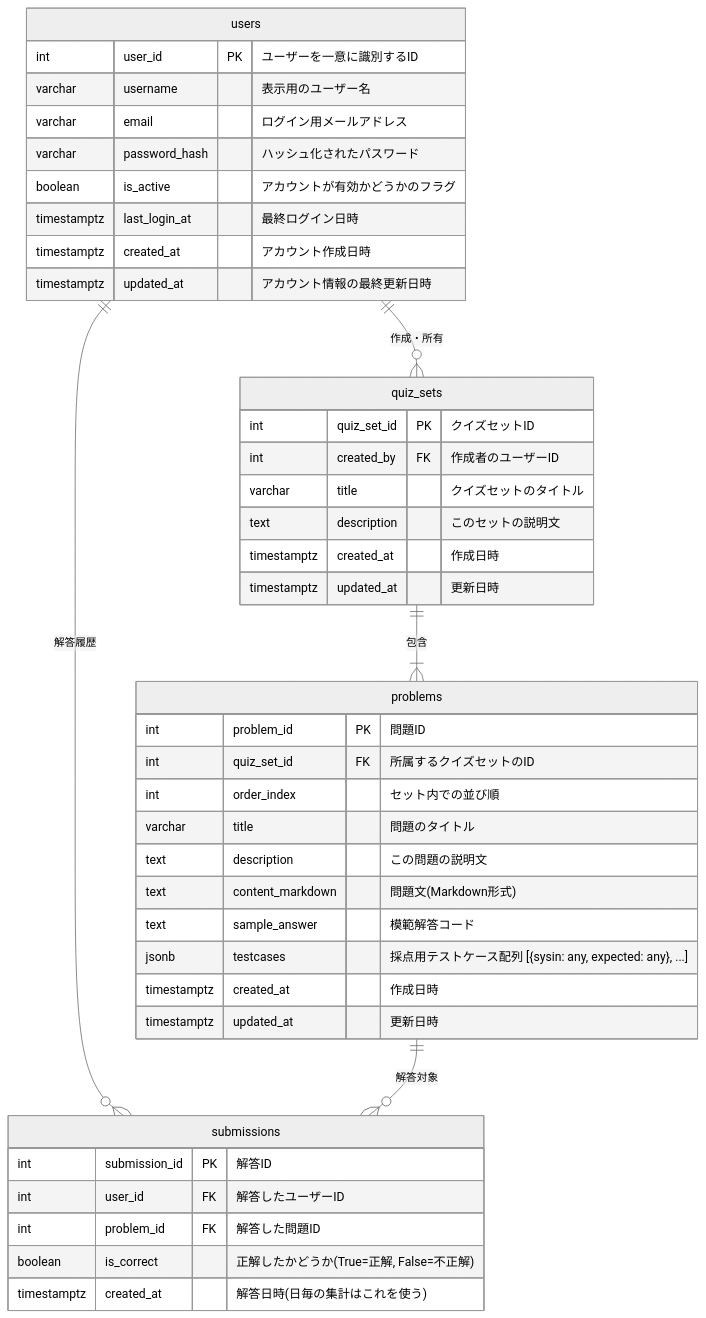
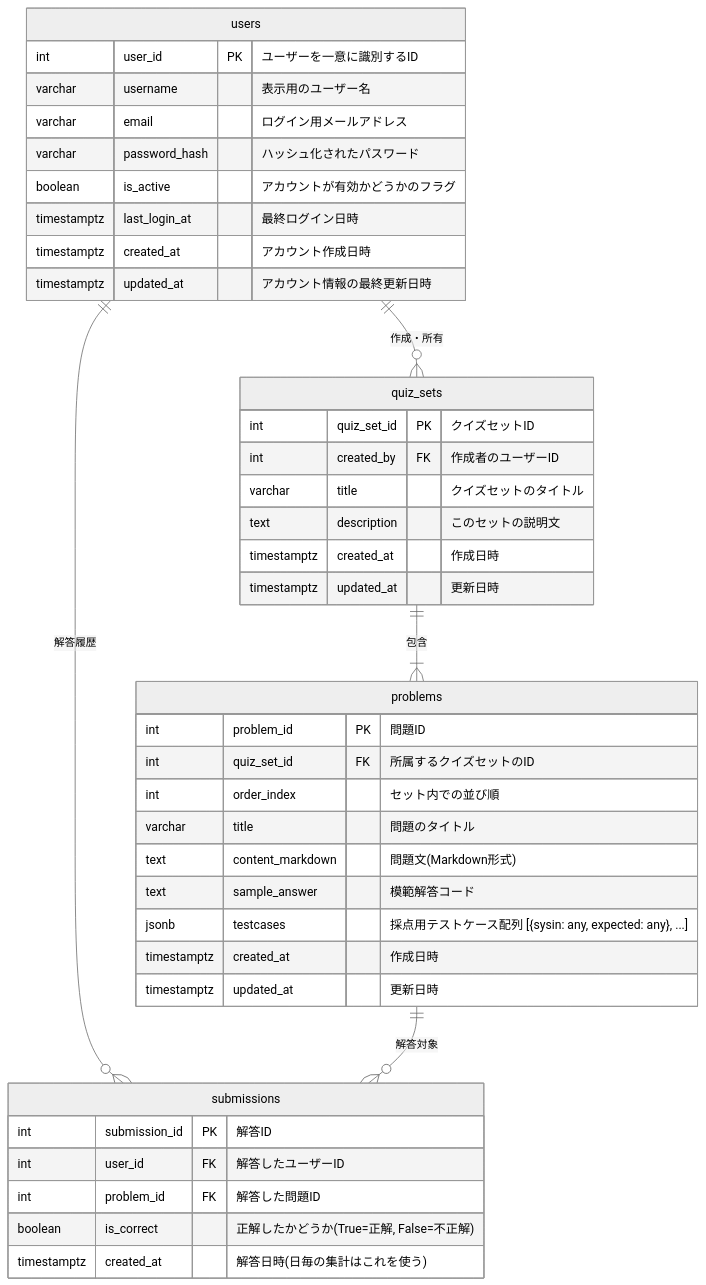
One commit to heyho99/under_code changed the diagram in design_docs/er-diagram.md. Above: the diagram before and after it, drawn with Mermaid (neutral theme). The commit also changed 2 other files, not shown here.

Commit message:
descripionを削除し、問題文をcontentMarkdownで統一

````diff
--- a/design_docs/er-diagram.md
+++ b/design_docs/er-diagram.md
@@ -1,49 +1,48 @@
 ```mermaid
 erDiagram
     users ||--o{ quiz_sets : "作成・所有"
     users ||--o{ submissions : "解答履歴"
     
     quiz_sets ||--|{ problems : "包含"
     problems ||--o{ submissions : "解答対象"
 
     users {
         int user_id PK "ユーザーを一意に識別するID"
         varchar username "表示用のユーザー名"
         varchar email "ログイン用メールアドレス"
         varchar password_hash "ハッシュ化されたパスワード"
         boolean is_active "アカウントが有効かどうかのフラグ"
         timestamptz last_login_at "最終ログイン日時"
         timestamptz created_at "アカウント作成日時"
         timestamptz updated_at "アカウント情報の最終更新日時"
     }
 
     quiz_sets {
         int quiz_set_id PK "クイズセットID"
         int created_by FK "作成者のユーザーID"
         varchar title "クイズセットのタイトル"
         text description "このセットの説明文"
         timestamptz created_at "作成日時"
         timestamptz updated_at "更新日時"
     }
 
     problems {
         int problem_id PK "問題ID"
         int quiz_set_id FK "所属するクイズセットのID"
         int order_index "セット内での並び順"
         varchar title "問題のタイトル"
-        text description "この問題の説明文"        
         text content_markdown "問題文(Markdown形式)"
         text sample_answer "模範解答コード"
         jsonb testcases "採点用テストケース配列 [{sysin: any, expected: any}, ...]"
         timestamptz created_at "作成日時"
         timestamptz updated_at "更新日時"
     }
 
     submissions {
         int submission_id PK "解答ID"
         int user_id FK "解答したユーザーID"
         int problem_id FK "解答した問題ID"
         boolean is_correct "正解したかどうか(True=正解, False=不正解)"
         timestamptz created_at "解答日時(日毎の集計はこれを使う)"
     }
 ```
````
